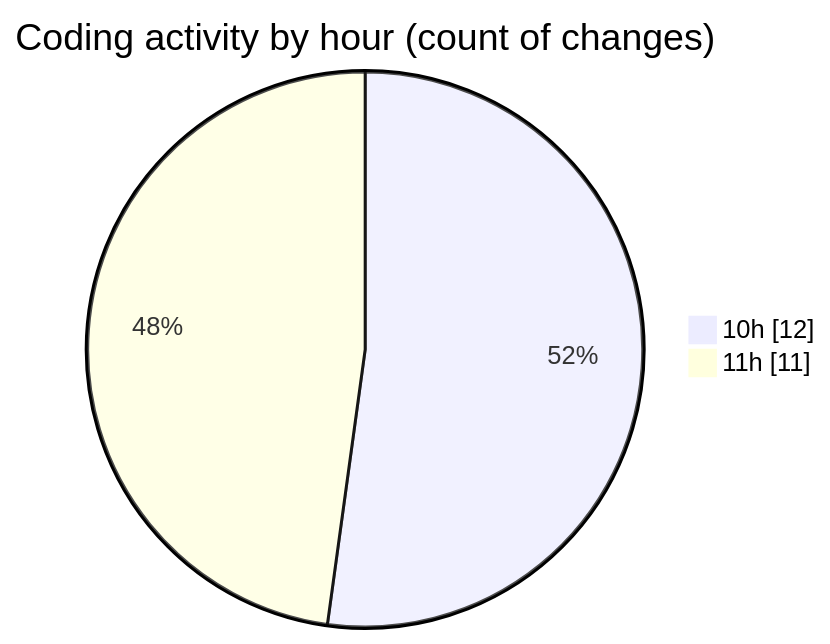
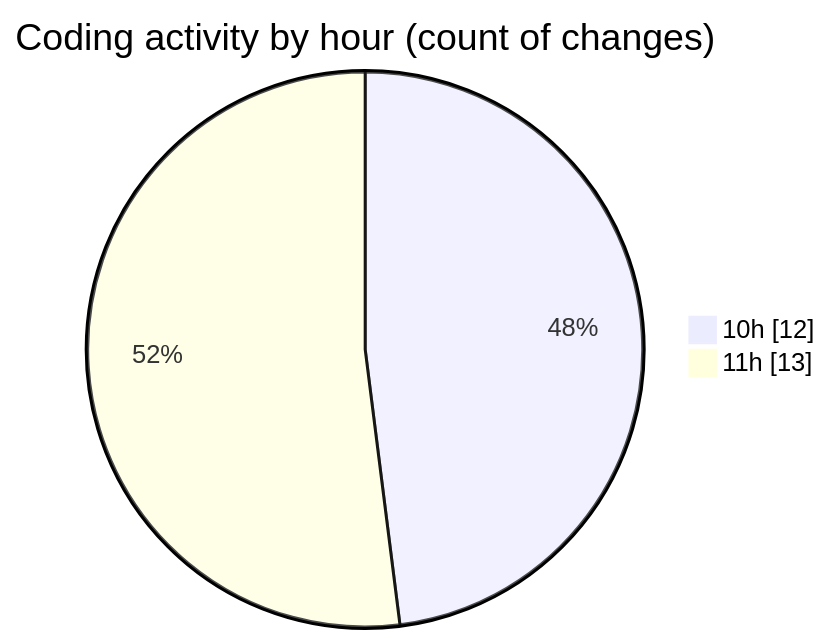
The second of 2 diagrams in 2025-06-20/nxtqube_webapp/README.md (nxtqubesakshisongat/code-tracking), drawn with Mermaid before and after one commit. The commit also changed other lines of this file and 1 other file, not shown here.

````diff
--- a/2025-06-20/nxtqube_webapp/README.md
+++ b/2025-06-20/nxtqube_webapp/README.md
@@ -32,6 +32,6 @@
 ```mermaid
 pie showData
 title Coding activity by hour (count of changes)
 "10h" : 12
-"11h" : 11
+"11h" : 13
 ```
````
